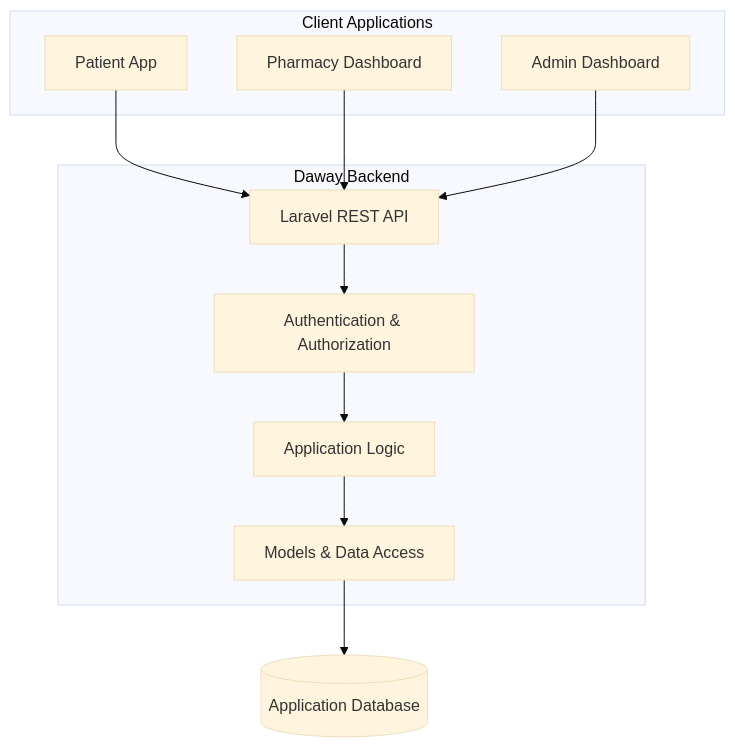
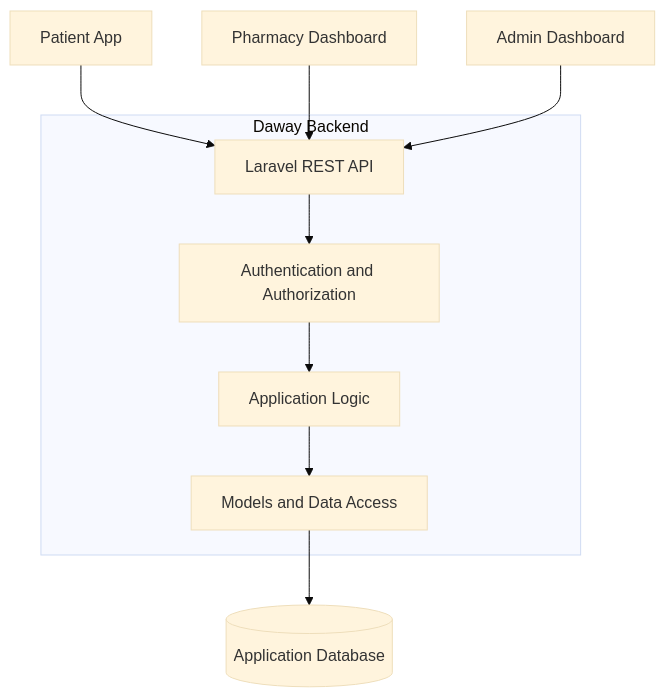
The diagram in README.md (daway-app/daway-backend), drawn with Mermaid (base theme) before and after one commit.

Commit message:
docs: fix mermaid diagram

````diff
--- a/README.md
+++ b/README.md
@@ -119,26 +119,14 @@
 ```mermaid
 flowchart TB
-    subgraph Clients["Client Applications"]
-        Patient["Patient App"]
-        Pharmacy["Pharmacy Dashboard"]
-        Admin["Admin Dashboard"]
+    Patient[Patient App] --> API
+    Pharmacy[Pharmacy Dashboard] --> API
+    Admin[Admin Dashboard] --> API
+
+    subgraph Backend [Daway Backend]
+        API[Laravel REST API] --> Auth[Authentication and Authorization]
+        Auth --> Services[Application Logic]
+        Services --> Models[Models and Data Access]
     end
 
-    subgraph Backend["Daway Backend"]
-        API["Laravel REST API"]
-        Auth["Authentication & Authorization"]
-        Services["Application Logic"]
-        Models["Models & Data Access"]
-    end
-
-    DB[("Application Database")]
-
-    Patient --> API
-    Pharmacy --> API
-    Admin --> API
-
-    API --> Auth
-    Auth --> Services
-    Services --> Models
-    Models --> DB
+    Models --> DB[(Application Database)]
 ```
````
